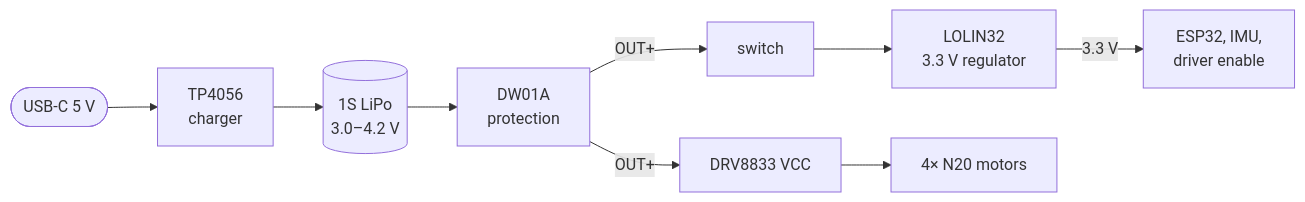
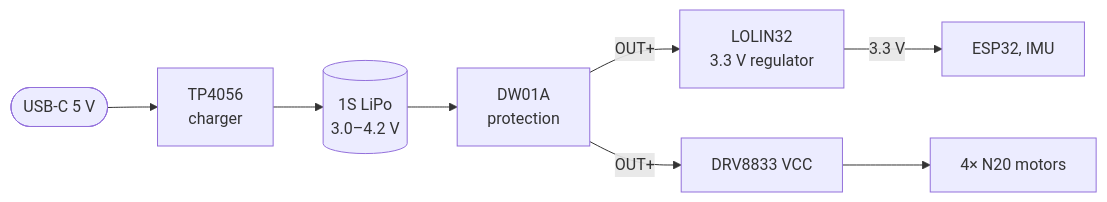
One commit to wouterds/minibot changed the second of 2 diagrams in README.md. Above: the diagram before and after it, drawn with Mermaid. The commit also changed other lines of this file and 3 other files, not shown here.

````diff
--- a/README.md
+++ b/README.md
@@ -76,11 +79,10 @@
 ```mermaid
 flowchart LR
     USBC([USB-C 5 V]) --> TP[TP4056<br/>charger]
     TP --> BAT[(1S LiPo<br/>3.0–4.2 V)]
     BAT --> DW[DW01A<br/>protection]
-    DW -->|OUT+| SW[switch]
-    SW --> LDO[LOLIN32<br/>3.3 V regulator]
+    DW -->|OUT+| LDO[LOLIN32<br/>3.3 V regulator]
     DW -->|OUT+| VM[DRV8833 VCC]
-    LDO -->|3.3 V| LOGIC[ESP32, IMU,<br/>driver enable]
+    LDO -->|3.3 V| LOGIC[ESP32, IMU]
     VM --> MOT[4× N20 motors]
 ```
````
